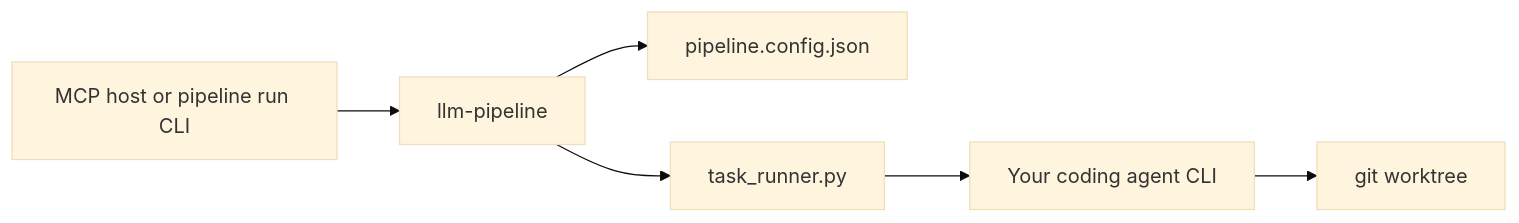
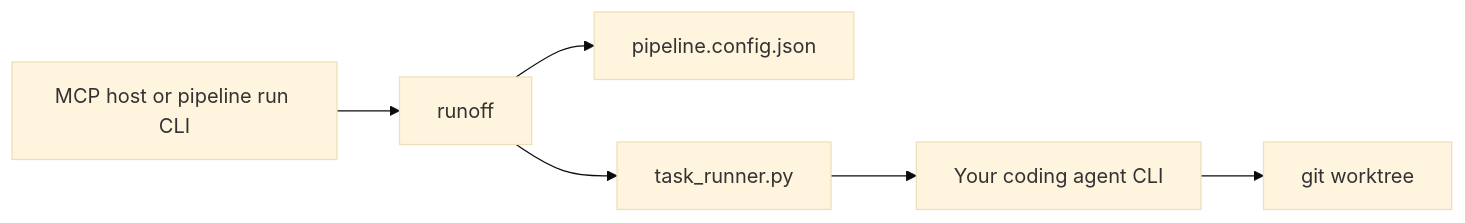
One commit to alexangelzhang/runoff changed the diagram in docs/guides/coding-agent-backends.md. Above: the diagram before and after it, drawn with Mermaid (base theme). The commit also changed other lines of this file and 138 other files, not shown here.

First line of the commit message:
refactor: rename project llm-pipeline → runoff

````diff
--- a/docs/guides/coding-agent-backends.md
+++ b/docs/guides/coding-agent-backends.md
@@ -9,9 +9,9 @@
 ```mermaid
 flowchart LR
   Host[MCP host or pipeline run CLI]
-  Host --> LP[llm-pipeline]
+  Host --> LP[runoff]
   LP --> CFG[pipeline.config.json]
   LP --> TR[task_runner.py]
   TR --> CLI[Your coding agent CLI]
   CLI --> WT[git worktree]
 ```
````
